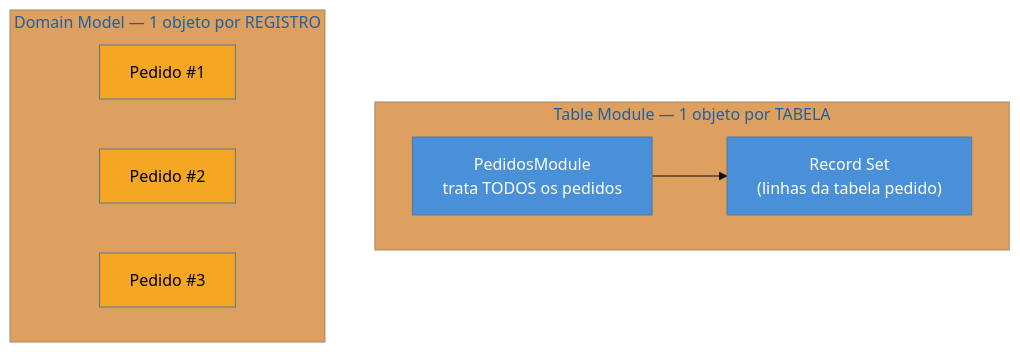
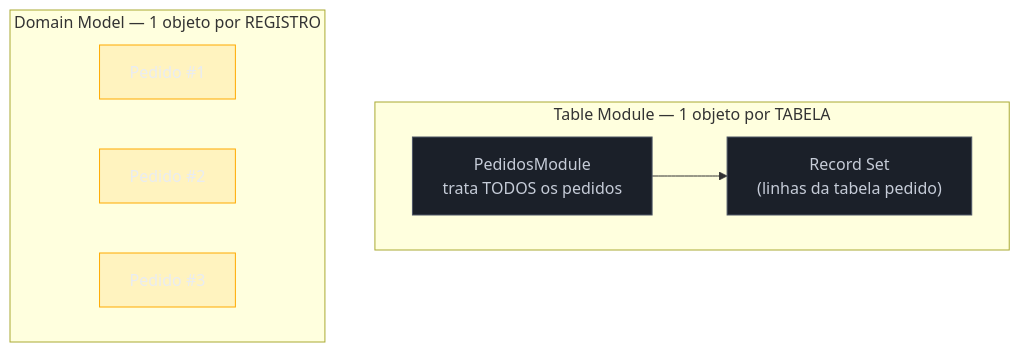
One commit to josenaldo/codex-technomanticus changed the diagram in 03-Dominios/Engenharia/Design de Software/Padrões de Projeto/Acesso a Dados/04 - Table Module.md. Above: the diagram before and after it, drawn with Mermaid. The commit also changed 1181 other files, not shown here.

First line of the commit message:
fix(diagramas): paleta do sistema no lugar de cor cravada no markdown

````diff
--- a/03-Dominios/Engenharia/Design de Software/Padrões de Projeto/Acesso a Dados/04 - Table Module.md
+++ b/03-Dominios/Engenharia/Design de Software/Padrões de Projeto/Acesso a Dados/04 - Table Module.md
@@ -33,16 +33,17 @@
 ```mermaid
-%%{init: {"theme": "base", "themeVariables": {"primaryColor": "#4A90D9"}}}%%
 graph TD
+    classDef neutro fill:#1B2029,stroke:#4E5666,color:#C6CCD8
+    classDef destaque fill:#FFAA0024,stroke:#FFAA00,color:#E9ECF2
     subgraph tm["Table Module — 1 objeto por TABELA"]
         M["PedidosModule<br/>trata TODOS os pedidos"] --> RS["Record Set<br/>(linhas da tabela pedido)"]
     end
     subgraph dm["Domain Model — 1 objeto por REGISTRO"]
         P1["Pedido #1"] & P2["Pedido #2"] & P3["Pedido #3"]
     end
 
-    style M fill:#4A90D9,color:#fff
-    style RS fill:#4A90D9,color:#fff
-    style P1 fill:#F5A623,color:#000
-    style P2 fill:#F5A623,color:#000
-    style P3 fill:#F5A623,color:#000
+    class M neutro
+    class RS neutro
+    class P1 destaque
+    class P2 destaque
+    class P3 destaque
 ```
````
